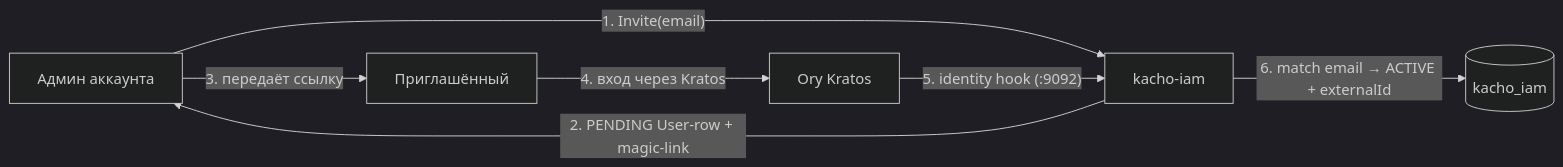
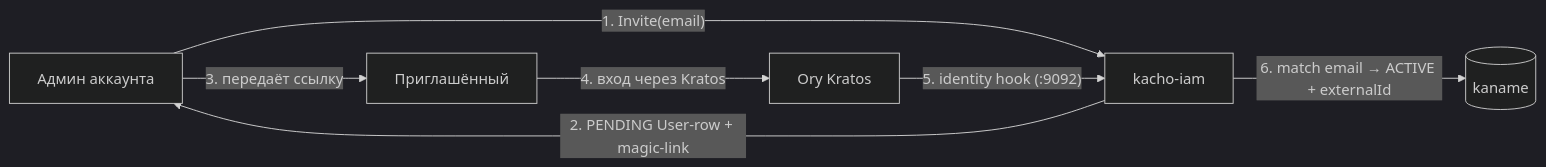
Before and after one commit to PRO-Robotech/kacho: the first of 2 diagrams in services/iam/docs/content/architecture/identity.mdx, drawn with Mermaid (dark theme). The commit also changed 700 other files, not shown here.

First line of the commit message:
refactor(iam): схема Postgres названа именем своего продукта

````diff
--- a/services/iam/docs/content/architecture/identity.mdx
+++ b/services/iam/docs/content/architecture/identity.mdx
@@ -49,9 +49,9 @@
 ```mermaid
 flowchart LR
   admin["Админ аккаунта"] -->|"1. Invite(email)"| iam["kacho-iam"]
   iam -->|"2. PENDING User-row + magic-link"| admin
   admin -->|"3. передаёт ссылку"| user["Приглашённый"]
   user -->|"4. вход через Kratos"| kratos["Ory Kratos"]
   kratos -->|"5. identity hook (:9092)"| iam
-  iam -->|"6. match email → ACTIVE + externalId"| pg[("kacho_iam")]
+  iam -->|"6. match email → ACTIVE + externalId"| pg[("kaname")]
 ```
````
